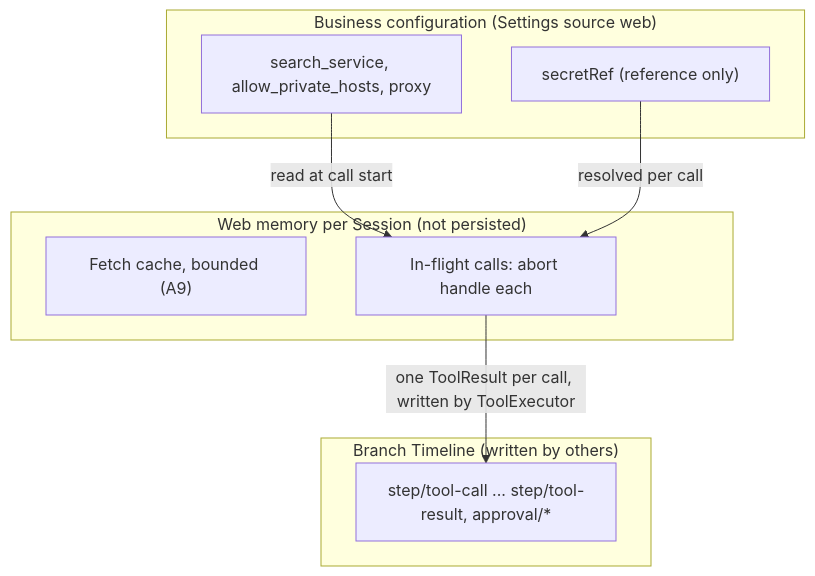
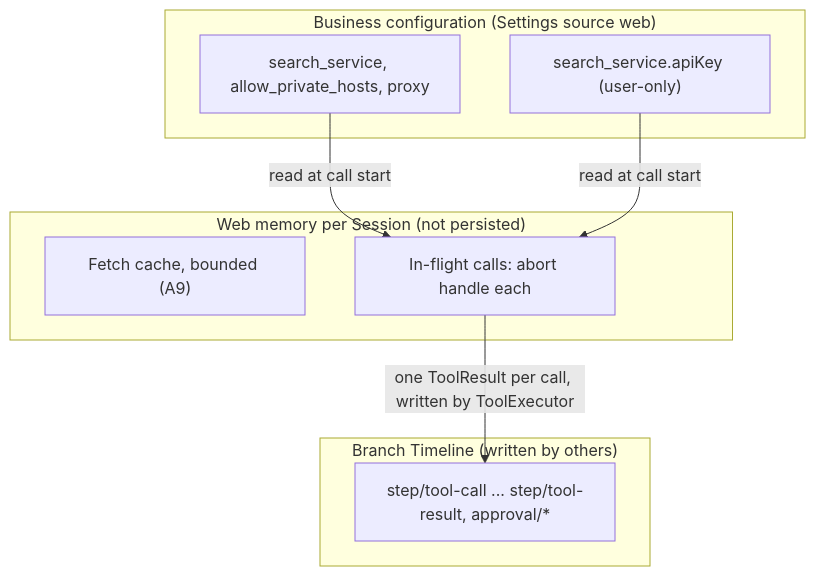
One commit to CoutinhoTTS/dim-agent changed the second of 5 diagrams in docs/design/plugins/Web.md. Above: the diagram before and after it, drawn with Mermaid. The commit also changed other lines of this file and 1 other file, not shown here.

Commit message:
docs(web): own the search API key instead of a credentials resolver

````diff
--- a/docs/design/plugins/Web.md
+++ b/docs/design/plugins/Web.md
@@ -46,17 +44,17 @@
 ```mermaid
 flowchart TB
   subgraph CFG["Business configuration (Settings source web)"]
     WebCfg["search_service, allow_private_hosts, proxy"]
-    Secret["secretRef (reference only)"]
+    Secret["search_service.apiKey (user-only)"]
   end
   subgraph MEM["Web memory per Session (not persisted)"]
     Cache["Fetch cache, bounded (A9)"]
     Inflight["In-flight calls: abort handle each"]
   end
   subgraph TL["Branch Timeline (written by others)"]
     Calls["step/tool-call ... step/tool-result, approval/*"]
   end
   WebCfg -->|"read at call start"| Inflight
-  Secret -->|"resolved per call"| Inflight
+  Secret -->|"read at call start"| Inflight
   Inflight -->|"one ToolResult per call, written by ToolExecutor"| Calls
 ```
````
